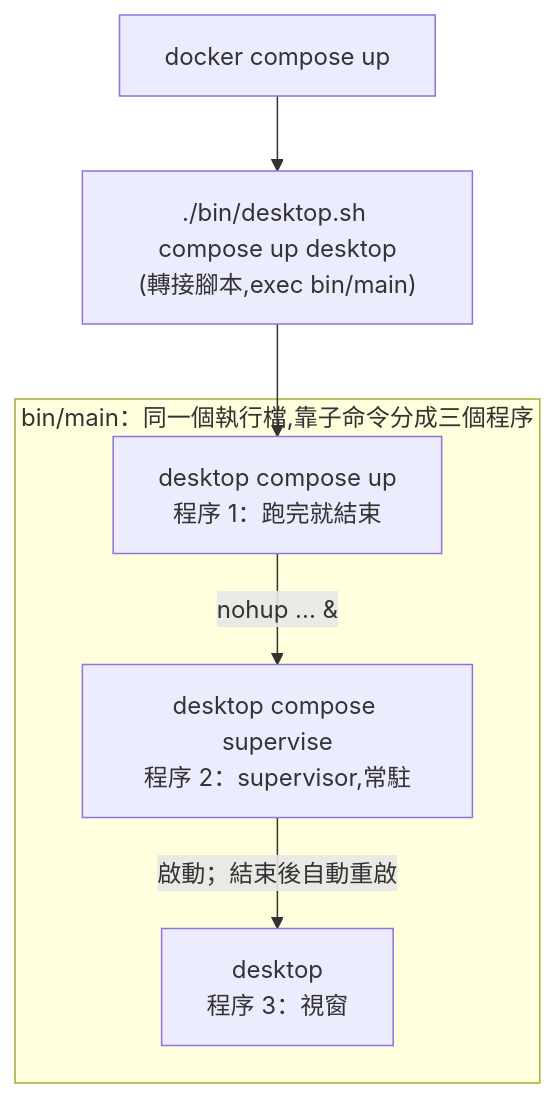
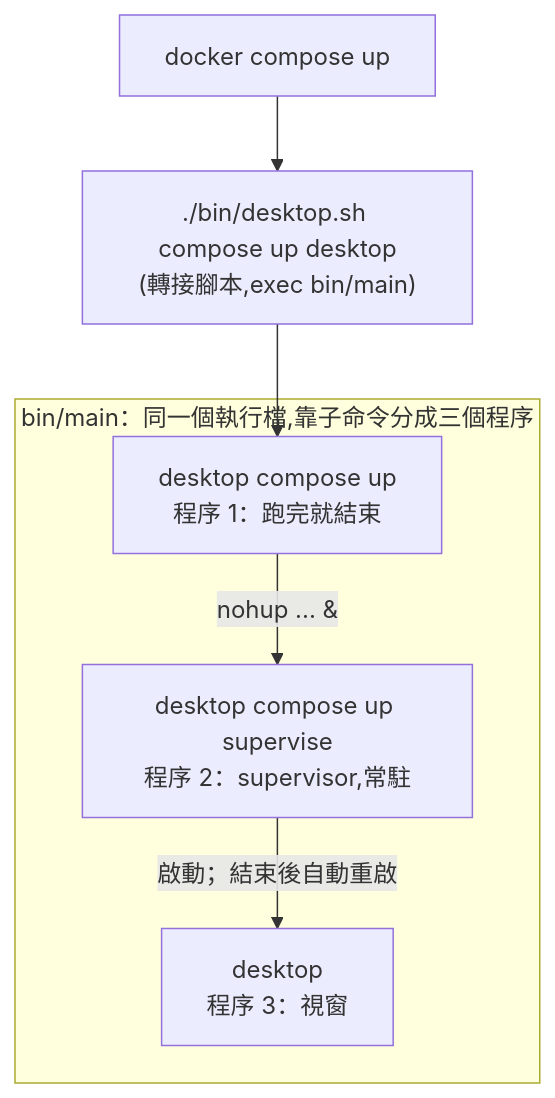
One commit to doroke7/landan-desktop-fyne changed the diagram in README.md. Above: the diagram before and after it, drawn with Mermaid. The commit also changed other lines of this file and 7 other files, not shown here.

````diff
--- a/README.md
+++ b/README.md
@@ -126,14 +126,14 @@
 ```mermaid
 flowchart TD
     A["docker compose up"] --> B["./bin/desktop.sh compose up desktop<br/>(轉接腳本,exec bin/main)"]
 
     subgraph M["bin/main：同一個執行檔,靠子命令分成三個程序"]
         C["desktop compose up<br/>程序 1：跑完就結束"]
-        D["desktop compose supervise<br/>程序 2：supervisor,常駐"]
+        D["desktop compose up supervise<br/>程序 2：supervisor,常駐"]
         E["desktop<br/>程序 3：視窗"]
     end
 
     B --> C
     C -- "nohup ... &" --> D
     D -- "啟動；結束後自動重啟" --> E
 ```
````
